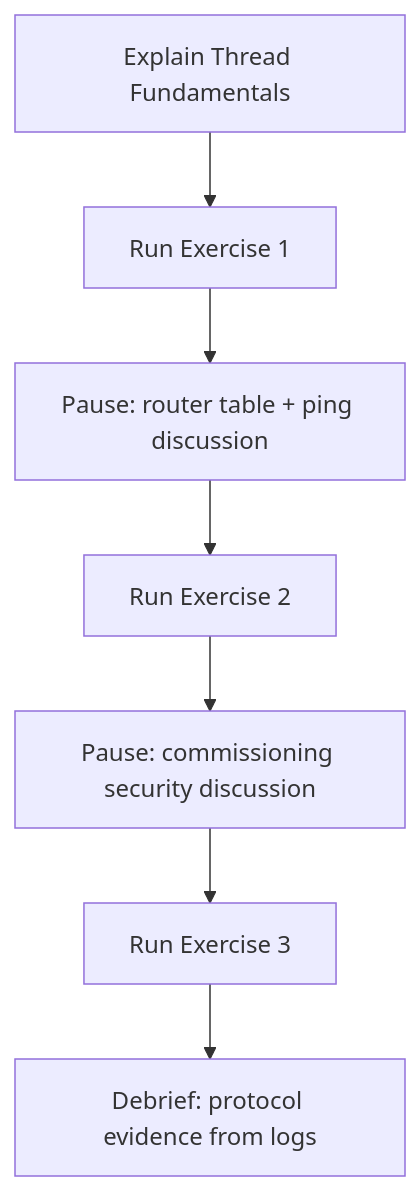
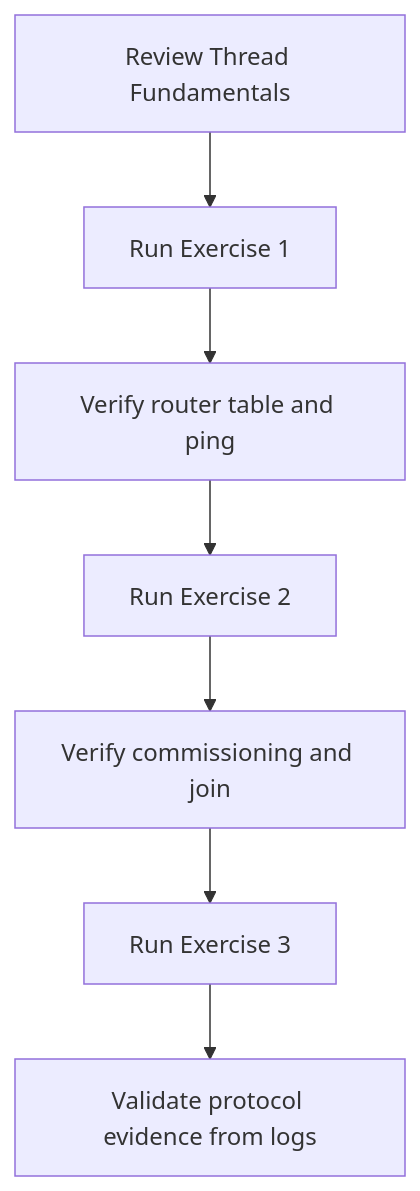
The fifth of 5 diagrams in README.md (lucadagati/openthread-thread-lab-autorun), drawn with Mermaid before and after one commit. The commit also changed other lines of this file, not shown here.

````diff
--- a/README.md
+++ b/README.md
@@ -373,9 +373,9 @@
 ```mermaid
 flowchart TD
-  S1[Explain Thread Fundamentals] --> S2[Run Exercise 1]
-  S2 --> S3[Pause: router table + ping discussion]
+  S1[Review Thread Fundamentals] --> S2[Run Exercise 1]
+  S2 --> S3[Verify router table and ping]
   S3 --> S4[Run Exercise 2]
-  S4 --> S5[Pause: commissioning security discussion]
+  S4 --> S5[Verify commissioning and join]
   S5 --> S6[Run Exercise 3]
-  S6 --> S7[Debrief: protocol evidence from logs]
+  S6 --> S7[Validate protocol evidence from logs]
 ```
````
